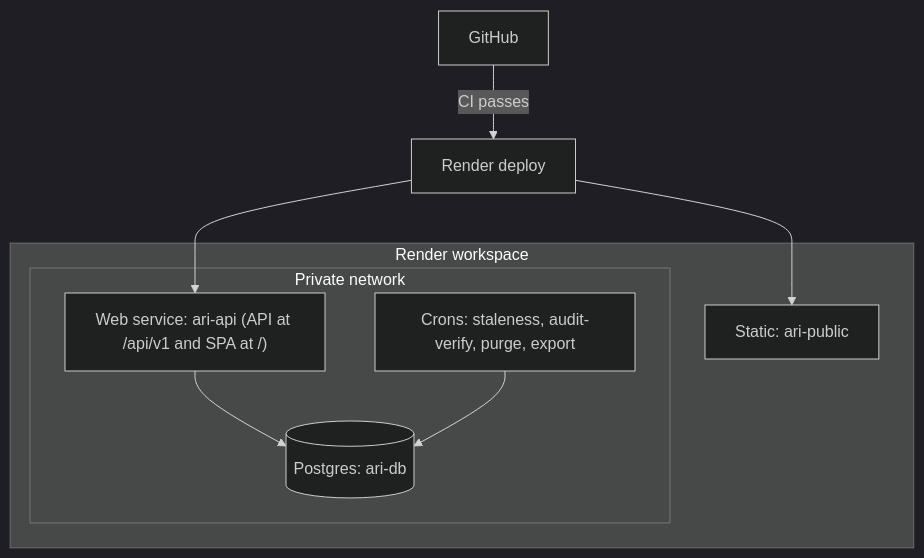
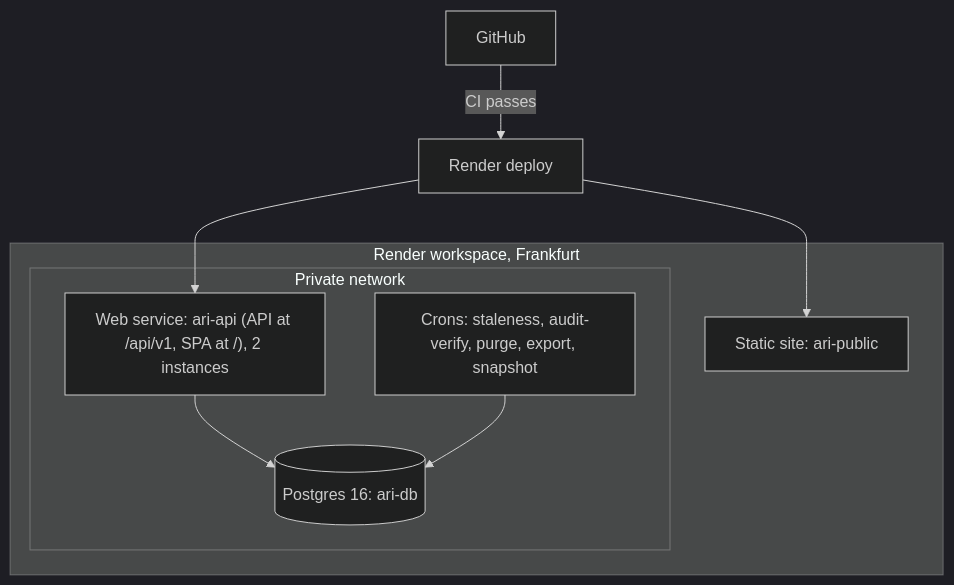
One commit to johnny882020/ARI-PST changed the third of 3 diagrams in docs/architecture.md. Above: the diagram before and after it, drawn with Mermaid (dark theme). The commit also changed other lines of this file and 185 other files, not shown here.

First line of the commit message:
feat: navy/gold restyle, delivery-stage screens, flow tests, docs rewrite, GCP guide, timeline (#9)

````diff
--- a/docs/architecture.md
+++ b/docs/architecture.md
@@ -85,16 +104,16 @@
 ```mermaid
 flowchart TB
   GH["GitHub"] -->|"CI passes"| RD["Render deploy"]
-  subgraph Render["Render workspace"]
-    PUB["Static: ari-public"]
+  subgraph Render["Render workspace, Frankfurt"]
+    PUB["Static site: ari-public"]
     subgraph PN["Private network"]
-      API["Web service: ari-api (API at /api/v1 and SPA at /)"]
-      DB[("Postgres: ari-db")]
-      CR["Crons: staleness, audit-verify, purge, export"]
+      API["Web service: ari-api (API at /api/v1, SPA at /), 2 instances"]
+      DB[("Postgres 16: ari-db")]
+      CR["Crons: staleness, audit-verify, purge, export, snapshot"]
     end
   end
   API --> DB
   CR --> DB
   RD --> PUB
   RD --> API
 ```
````
